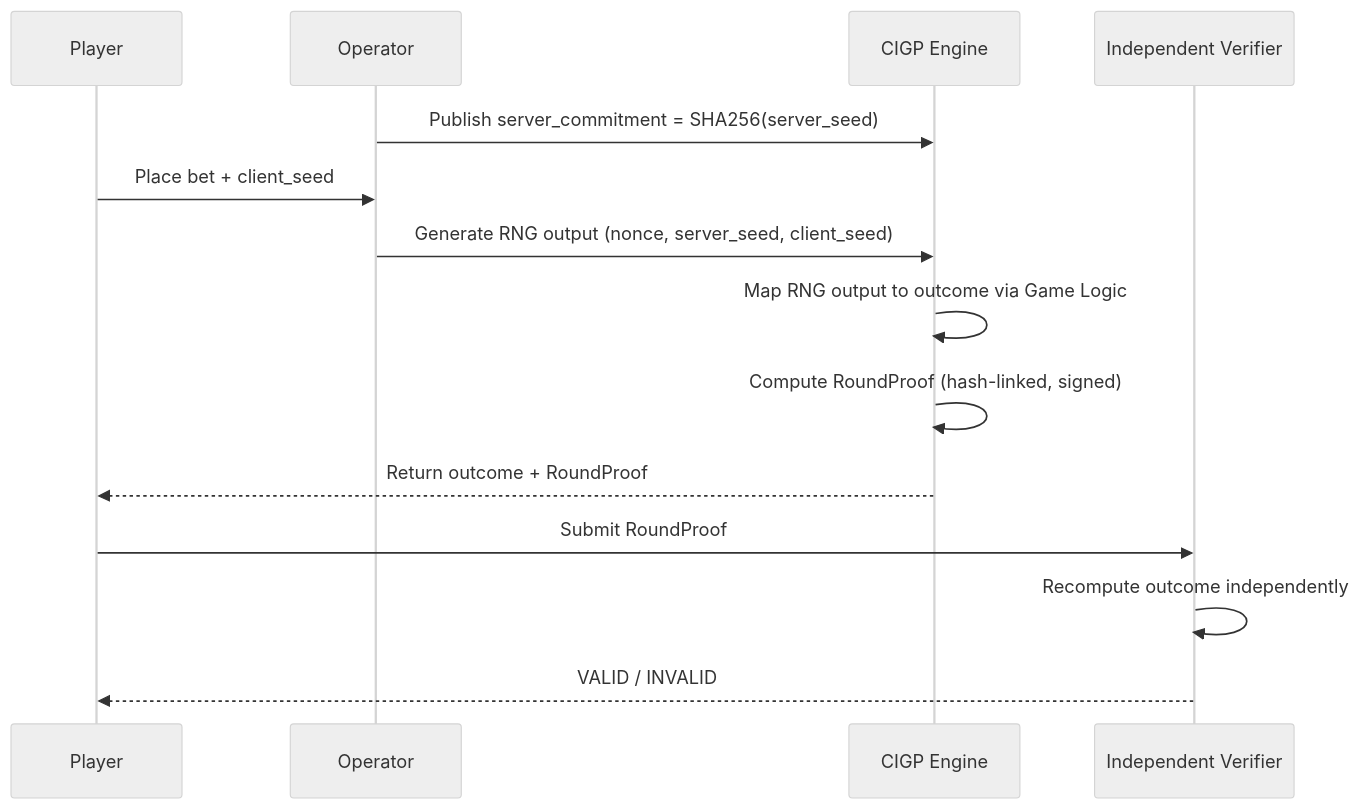
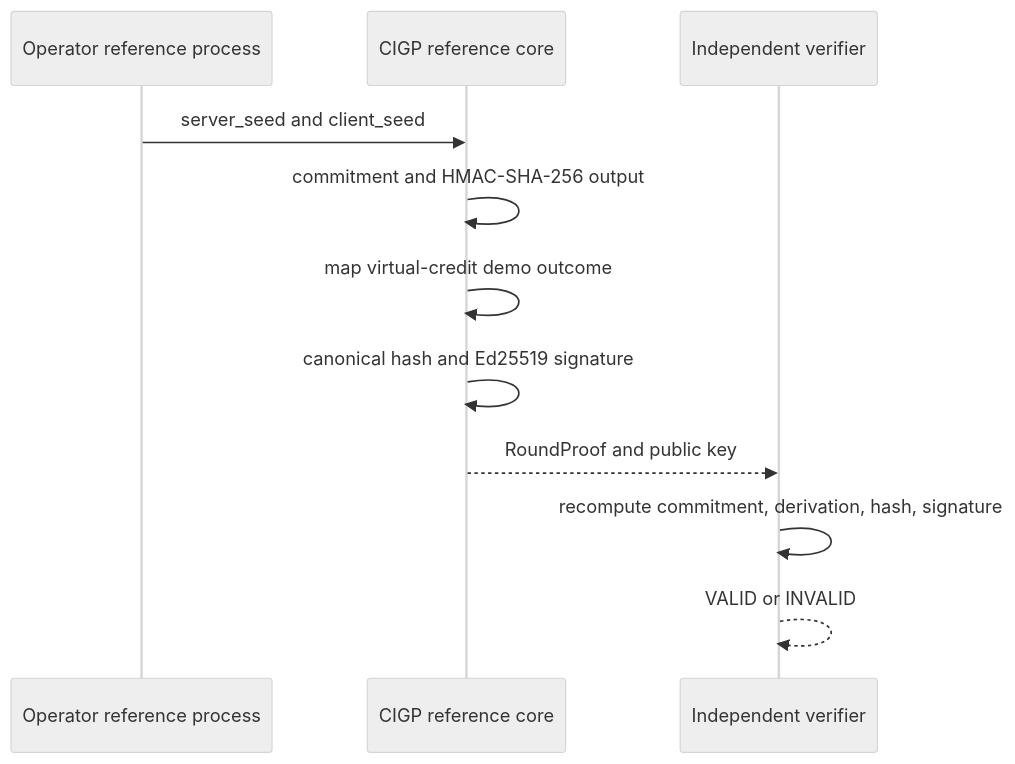
One commit to Ciprian-LocalPulse/CIGP-Protocol changed the second of 6 diagrams in README.md. Above: the diagram before and after it, drawn with Mermaid (neutral theme). The commit also changed other lines of this file and 9 other files, not shown here.

````diff
--- a/README.md
+++ b/README.md
@@ -125,17 +54,14 @@
 ```mermaid
 sequenceDiagram
-    participant Player
-    participant Operator
-    participant CIGP as CIGP Engine
-    participant Verifier as Independent Verifier
+    participant O as Operator reference process
+    participant C as CIGP reference core
+    participant V as Independent verifier
 
-    Operator->>CIGP: Publish server_commitment = SHA256(server_seed)
-    Player->>Operator: Place bet + client_seed
-    Operator->>CIGP: Generate RNG output (nonce, server_seed, client_seed)
-    CIGP->>CIGP: Map RNG output to outcome via Game Logic
-    CIGP->>CIGP: Compute RoundProof (hash-linked, signed)
-    CIGP-->>Player: Return outcome + RoundProof
-    Player->>Verifier: Submit RoundProof
-    Verifier->>Verifier: Recompute outcome independently
-    Verifier-->>Player: VALID / INVALID
+    O->>C: server_seed and client_seed
+    C->>C: commitment and HMAC-SHA-256 output
+    C->>C: map virtual-credit demo outcome
+    C->>C: canonical hash and Ed25519 signature
+    C-->>V: RoundProof and public key
+    V->>V: recompute commitment, derivation, hash, signature
+    V-->>V: VALID or INVALID
 ```
````
